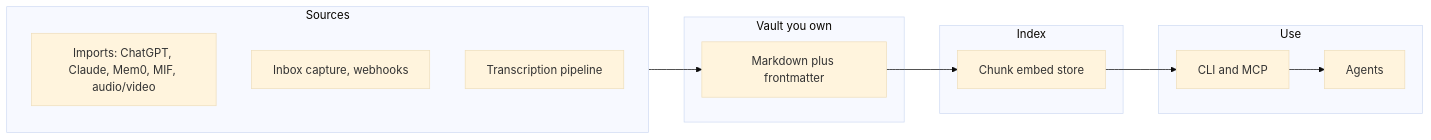
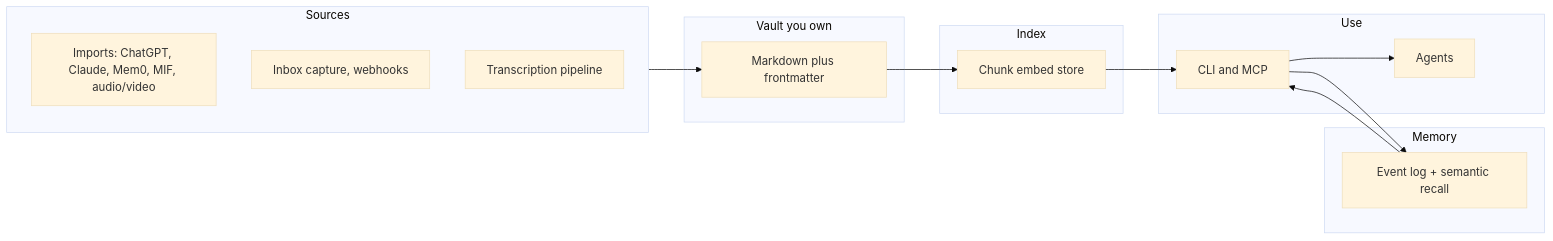
Before and after one commit to aaronrene/knowtation: the diagram in docs/WHITEPAPER.md, drawn with Mermaid (base theme). The commit also changed other lines of this file and 34 other files, not shown here.

````diff
--- a/docs/WHITEPAPER.md
+++ b/docs/WHITEPAPER.md
@@ -92,22 +93,27 @@
 ```mermaid
 flowchart LR
   subgraph sources [Sources]
     A[Imports: ChatGPT, Claude, Mem0, MIF, audio/video]
     B[Inbox capture, webhooks]
     C[Transcription pipeline]
   end
   subgraph vault [Vault you own]
     V[Markdown plus frontmatter]
   end
   subgraph index [Index]
     I[Chunk embed store]
   end
+  subgraph memory [Memory]
+    M[Event log + semantic recall]
+  end
   subgraph use [Use]
     CLI[CLI and MCP]
     AG[Agents]
   end
   sources --> V
   V --> I
   I --> CLI
   CLI --> AG
+  CLI --> M
+  M --> CLI
 ```
````
